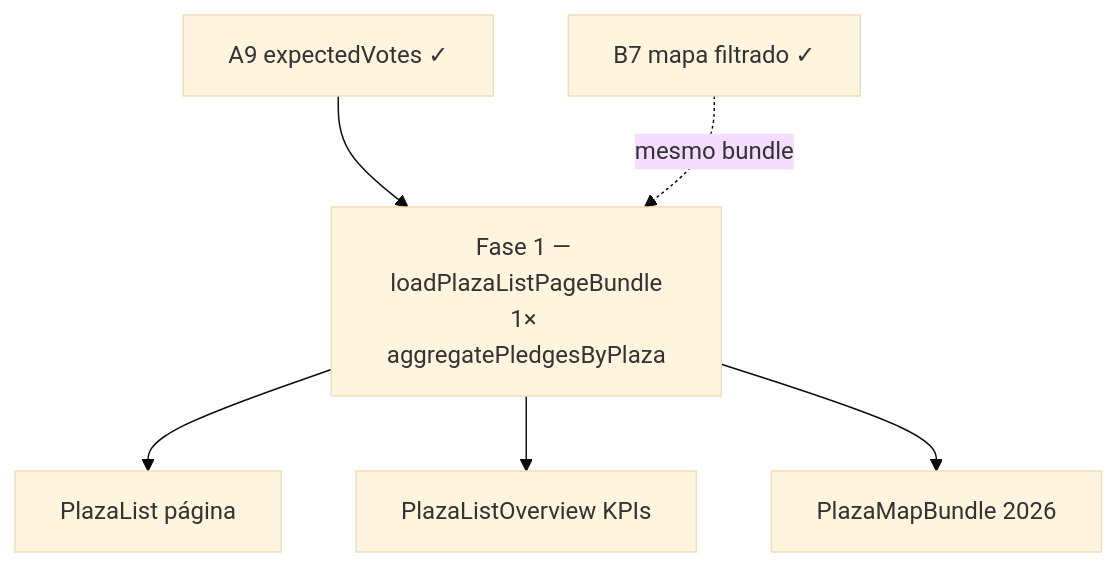
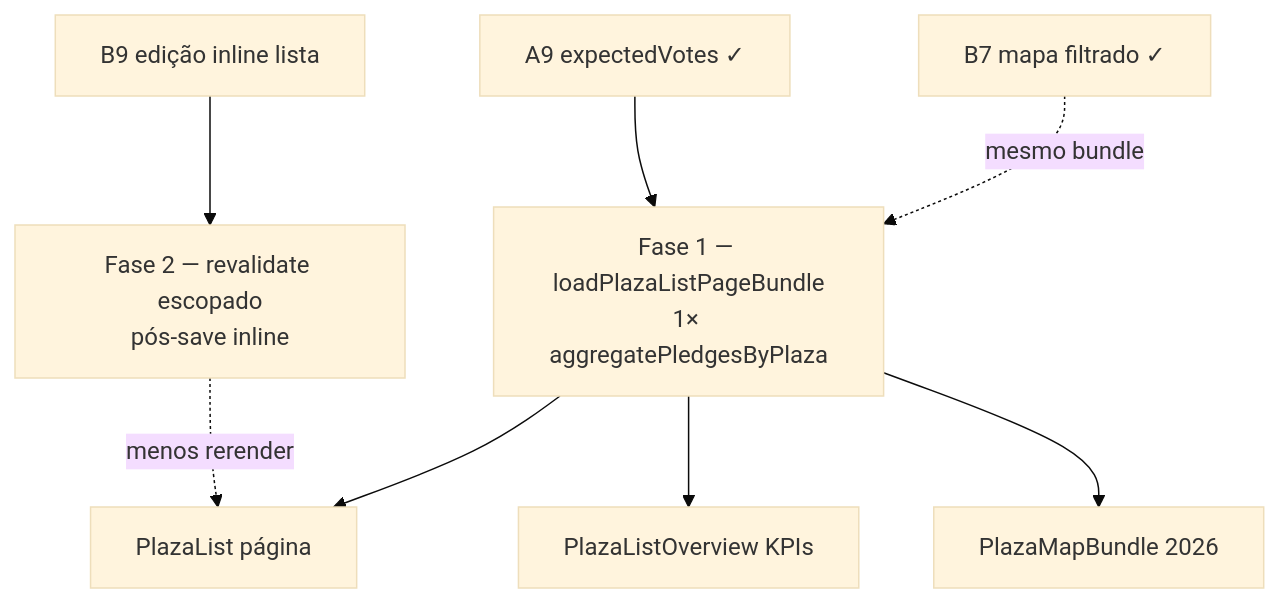
One commit to fsolla/teqo changed the diagram in docs/plans/escala-dry-pos-a9.md. Above: the diagram before and after it, drawn with Mermaid (base theme). The commit also changed other lines of this file and 16 other files, not shown here.

````diff
--- a/docs/plans/escala-dry-pos-a9.md
+++ b/docs/plans/escala-dry-pos-a9.md
@@ -50,9 +55,12 @@
 ```mermaid
 flowchart TD
     A9["A9 expectedVotes ✓"] --> F1
+    B9["B9 edição inline lista"] --> F2
     F1["Fase 1 — loadPlazaListPageBundle<br/>1× aggregatePledgesByPlaza"]
+    F2["Fase 2 — revalidate escopado<br/>pós-save inline"]
     F1 --> List["PlazaList página"]
     F1 --> Overview["PlazaListOverview KPIs"]
     F1 --> Map["PlazaMapBundle 2026"]
     B7["B7 mapa filtrado ✓"] -.mesmo bundle.-> F1
+    F2 -.menos rerender.-> List
 ```
````
